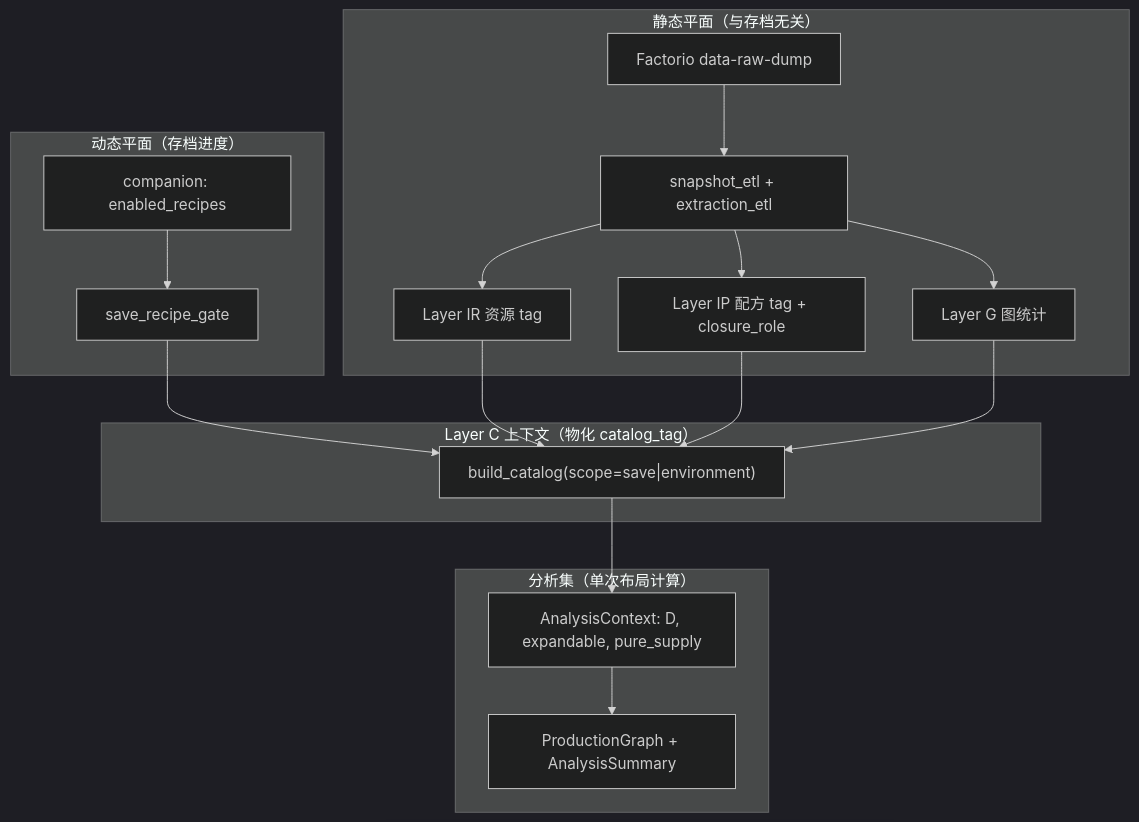
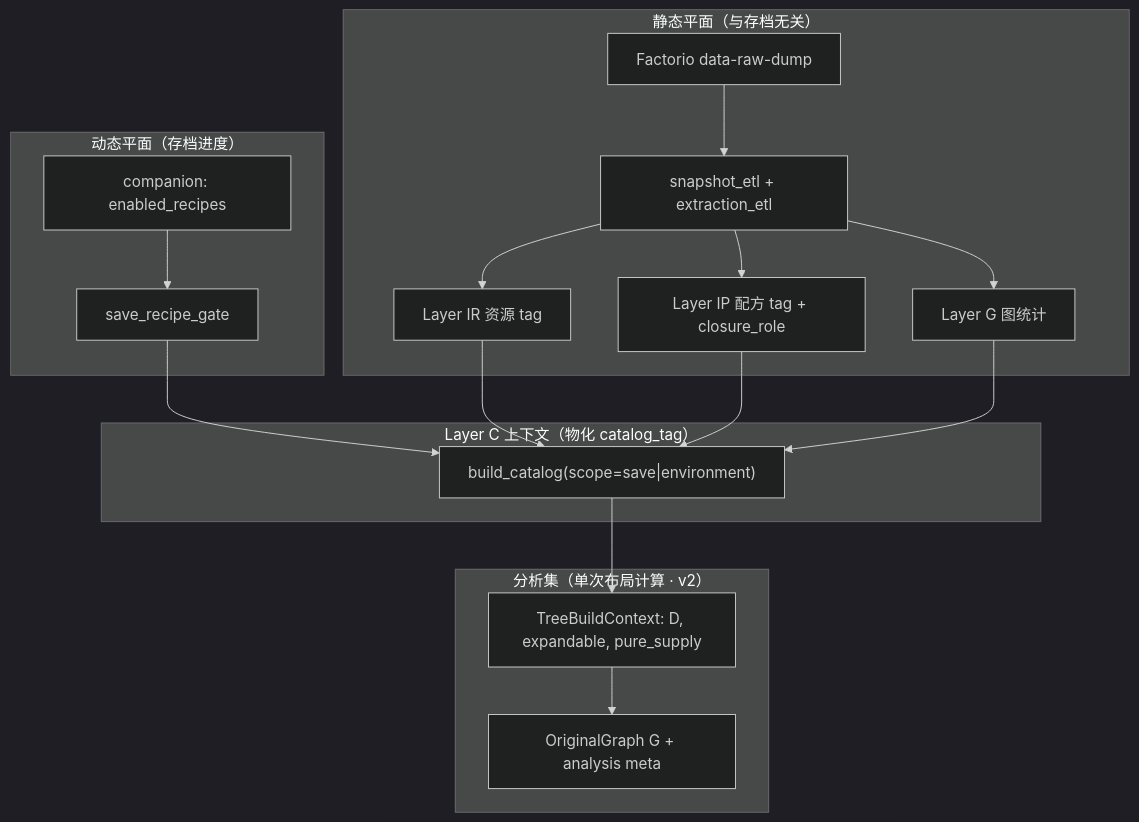
The diagram in tools/factory-balance/backend/db/ANALYSIS_SUPPLY_SEMANTICS.md (rel-lit/RLEazyTool), drawn with Mermaid (dark theme) before and after one commit. The commit also changed other lines of this file and 4 other files, not shown here.

````diff
--- a/tools/factory-balance/backend/db/ANALYSIS_SUPPLY_SEMANTICS.md
+++ b/tools/factory-balance/backend/db/ANALYSIS_SUPPLY_SEMANTICS.md
@@ -12,34 +13,34 @@
 ```mermaid
 flowchart TB
     subgraph static ["静态平面（与存档无关）"]
         Dump["Factorio data-raw-dump"]
         ETL["snapshot_etl + extraction_etl"]
         IR["Layer IR 资源 tag"]
         IP["Layer IP 配方 tag + closure_role"]
         G["Layer G 图统计"]
         Dump --> ETL --> IR
         ETL --> IP
         ETL --> G
     end
 
     subgraph progress ["动态平面（存档进度）"]
         Save["companion: enabled_recipes"]
         Gate["save_recipe_gate"]
         Save --> Gate
     end
 
     subgraph context ["Layer C 上下文（物化 catalog_tag）"]
         Cat["build_catalog(scope=save|environment)"]
         Gate --> Cat
         IR --> Cat
         IP --> Cat
         G --> Cat
     end
 
-    subgraph analysis ["分析集（单次布局计算）"]
-        Ctx["AnalysisContext: D, expandable, pure_supply"]
-        Graph["ProductionGraph + AnalysisSummary"]
+    subgraph analysis ["分析集（单次布局计算 · v2）"]
+        Ctx["TreeBuildContext: D, expandable, pure_supply"]
+        Graph["OriginalGraph G + analysis meta"]
         Cat --> Ctx
         Ctx --> Graph
     end
 ```
````
